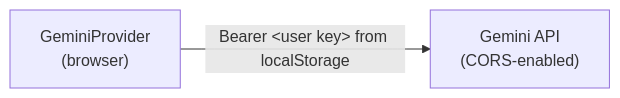
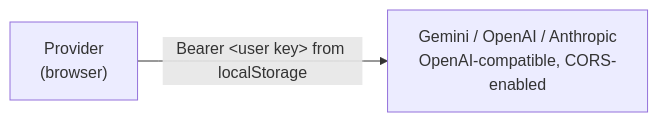
One commit to alden12/web-daw changed the fifth of 6 diagrams in docs/AGENT.md. Above: the diagram before and after it, drawn with Mermaid. The commit also changed other lines of this file and 12 other files, not shown here.

````diff
--- a/docs/AGENT.md
+++ b/docs/AGENT.md
@@ -240,4 +244,4 @@
 ```mermaid
 flowchart LR
-    GEM["GeminiProvider<br/>(browser)"] -->|"Bearer &lt;user key&gt; from localStorage"| GAPI["Gemini API<br/>(CORS-enabled)"]
+    P["Provider<br/>(browser)"] -->|"Bearer &lt;user key&gt; from localStorage"| API["Gemini / OpenAI / Anthropic<br/>OpenAI-compatible, CORS-enabled"]
 ```
````
